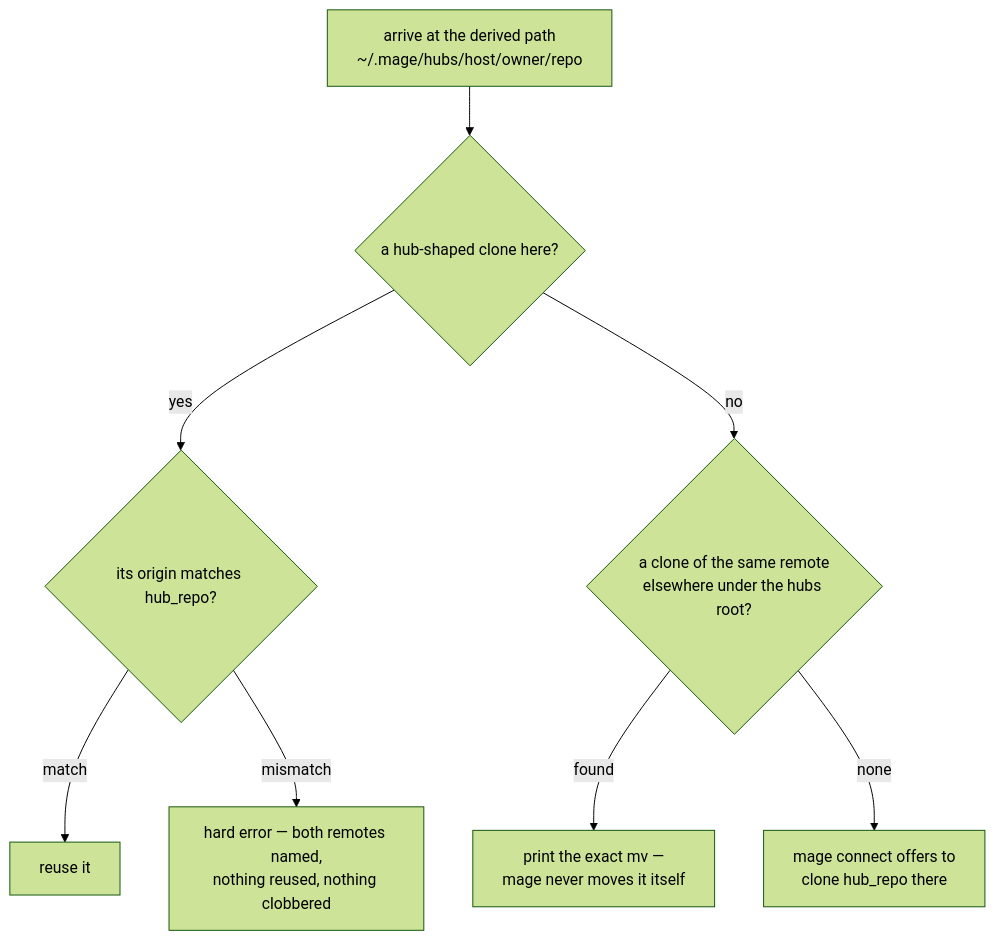
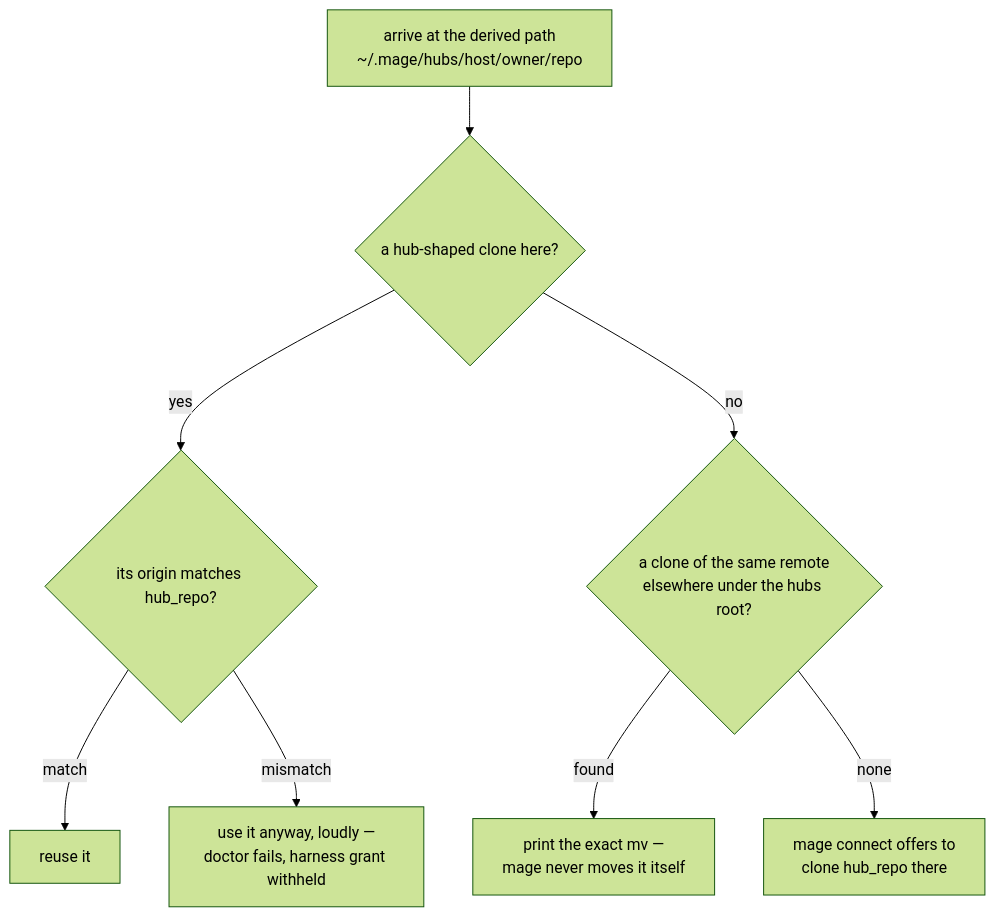
One commit to Sumit1993/mage-memory changed the third of 3 diagrams in docs/src/content/docs/model/modes.md. Above: the diagram before and after it, drawn with Mermaid (forest theme). The commit also changed other lines of this file and 10 other files, not shown here.

First line of the commit message:
fix(paths, doctor): derived hub wins on an origin mismatch; redact hook checked in external mode (#191, #195) (#276)

````diff
--- a/docs/src/content/docs/model/modes.md
+++ b/docs/src/content/docs/model/modes.md
@@ -174,10 +176,10 @@
-```mermaid Verify on arrival: at the derived hub path, a hub-shaped clone whose origin matches hub_repo is reused; an origin mismatch is a hard error; with nothing usable there, a displaced clone elsewhere under the hubs root earns a printed mv, and otherwise mage connect offers to clone.
+```mermaid Verify on arrival: at the derived hub path, a hub-shaped clone whose origin matches hub_repo is reused; an origin mismatch is used anyway, loudly, with the harness grant withheld; with nothing usable there, a displaced clone elsewhere under the hubs root earns a printed mv, and otherwise mage connect offers to clone.
 flowchart TD
   a["arrive at the derived path<br/>~/.mage/hubs/host/owner/repo"] --> f{"a hub-shaped clone here?"}
   f -->|yes| o{"its origin matches hub_repo?"}
   o -->|match| r["reuse it"]
-  o -->|mismatch| e["hard error — both remotes named,<br/>nothing reused, nothing clobbered"]
+  o -->|mismatch| e["use it anyway, loudly —<br/>doctor fails, harness grant withheld"]
   f -->|no| s{"a clone of the same remote<br/>elsewhere under the hubs root?"}
   s -->|found| m["print the exact mv —<br/>mage never moves it itself"]
   s -->|none| c["mage connect offers to<br/>clone hub_repo there"]
 ```
````
